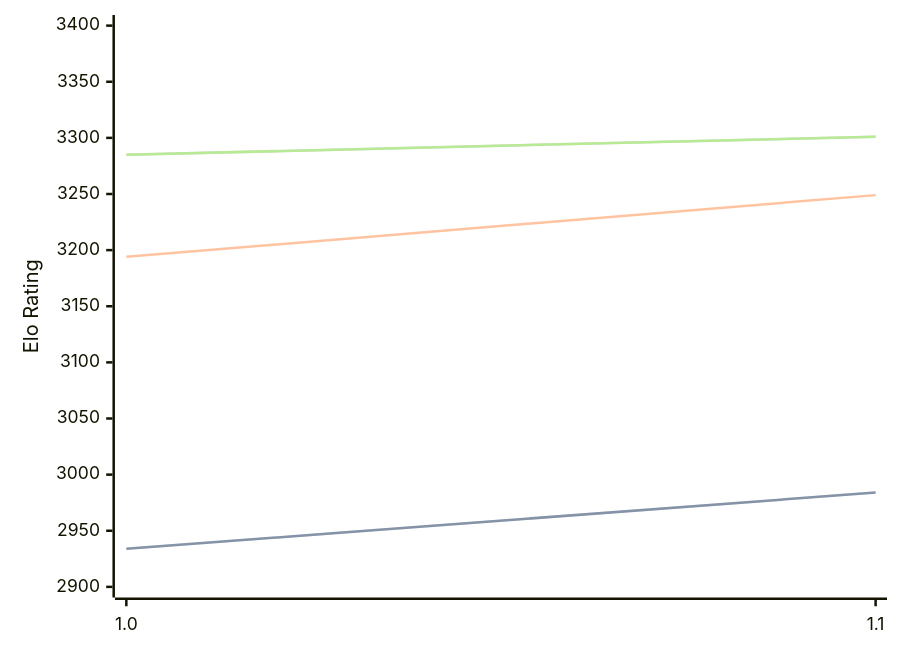
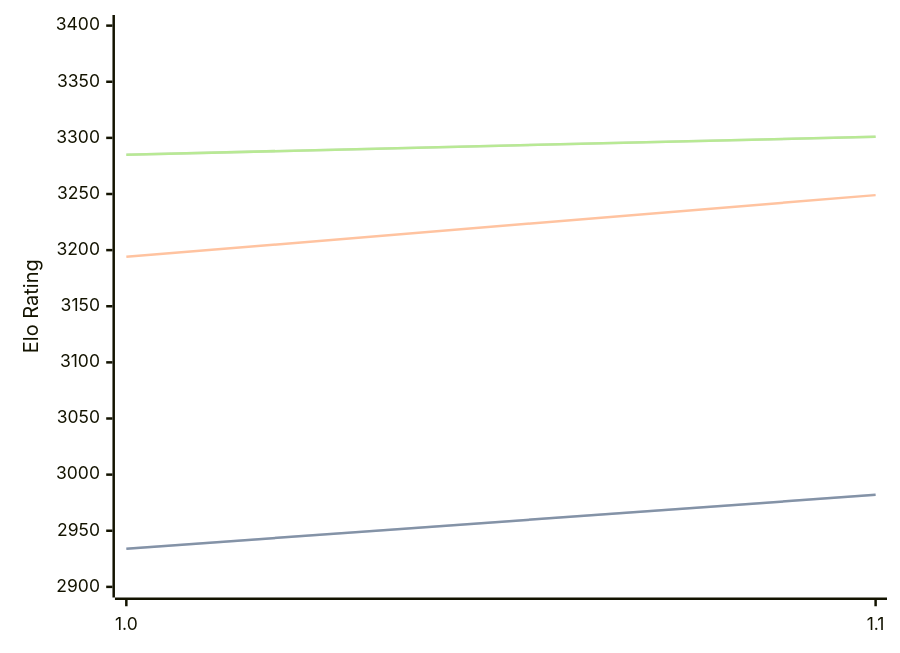
The diagram in engines/RodentV.md (computer-chess-index/cci), drawn with Mermaid before and after one commit. The commit also changed other lines of this file, not shown here.

````diff
--- a/engines/RodentV.md
+++ b/engines/RodentV.md
@@ -33,11 +33,11 @@
 ```mermaid
 %%{init: {"theme":"base","themeVariables":{"seriesColors:['#a3a3a3','#222221','#faa371']}}}%%
 xychart-beta
   x-axis ["1.0", "1.1"]
   y-axis "Elo Rating" 2900 --> 3400
-  line "" [2934, 2984]
-  line "STC (8.0+0.08s)" [2934, 2984]
+  line "" [2934, 2982]
+  line "STC (8.0+0.08s)" [2934, 2982]
   line "LTC (60.0+0.60s)" [3194, 3249]
   line "" [3285, 3301]
   line "VLTC (2m24s+1.12s)" [3285, 3301]
 ```
````
